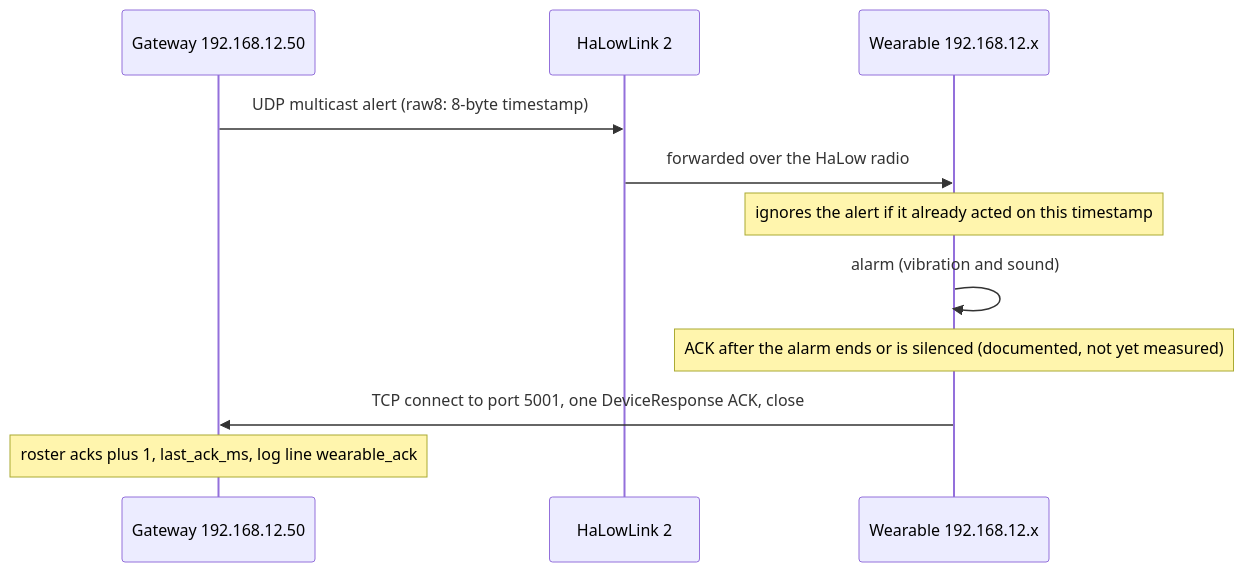
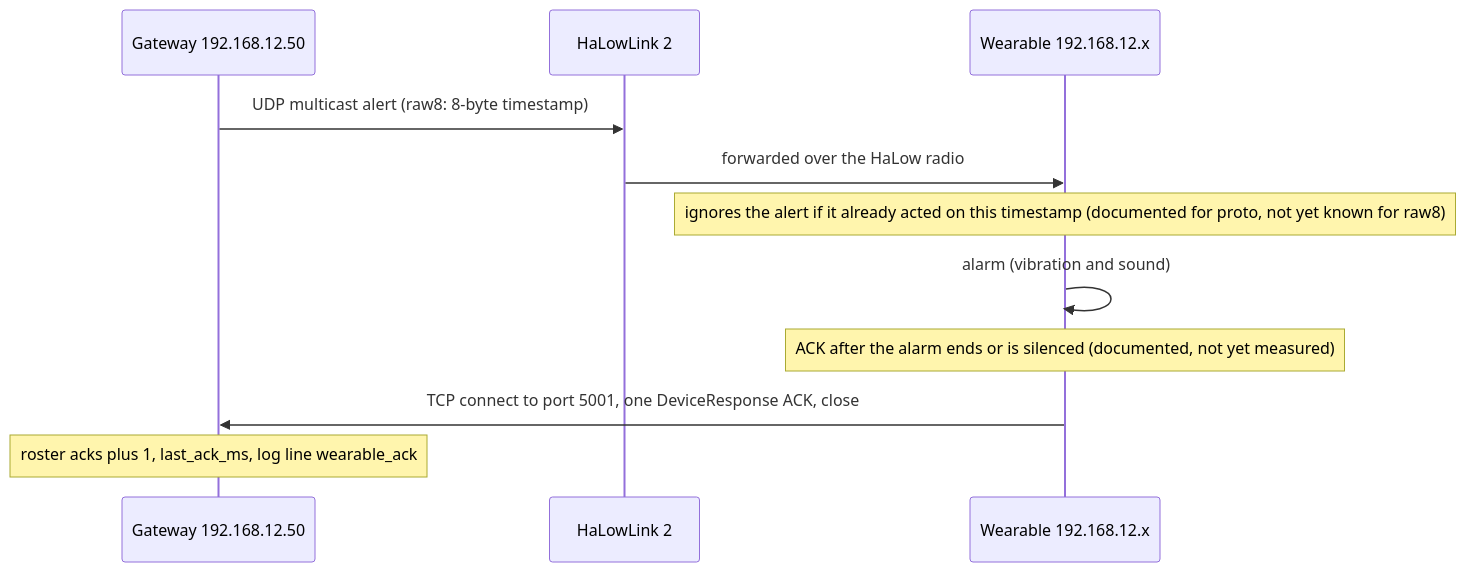
The fourth of 5 diagrams in docs/ARCHITECTURE.md (clearobject/halow-alert-releases), drawn with Mermaid before and after one commit. The commit also changed other lines of this file and 13 other files, not shown here.

````diff
--- a/docs/ARCHITECTURE.md
+++ b/docs/ARCHITECTURE.md
@@ -138,13 +138,13 @@
 ```mermaid
 sequenceDiagram
     participant G as Gateway 192.168.12.50
     participant H as HaLowLink 2
     participant W as Wearable 192.168.12.x
     G->>H: UDP multicast alert (raw8: 8-byte timestamp)
     H->>W: forwarded over the HaLow radio
-    Note over W: ignores the alert if it already acted on this timestamp
+    Note over W: ignores the alert if it already acted on this timestamp (documented for proto, not yet known for raw8)
     W->>W: alarm (vibration and sound)
     Note over W: ACK after the alarm ends or is silenced (documented, not yet measured)
     W->>G: TCP connect to port 5001, one DeviceResponse ACK, close
     Note over G: roster acks plus 1, last_ack_ms, log line wearable_ack
 ```
````
